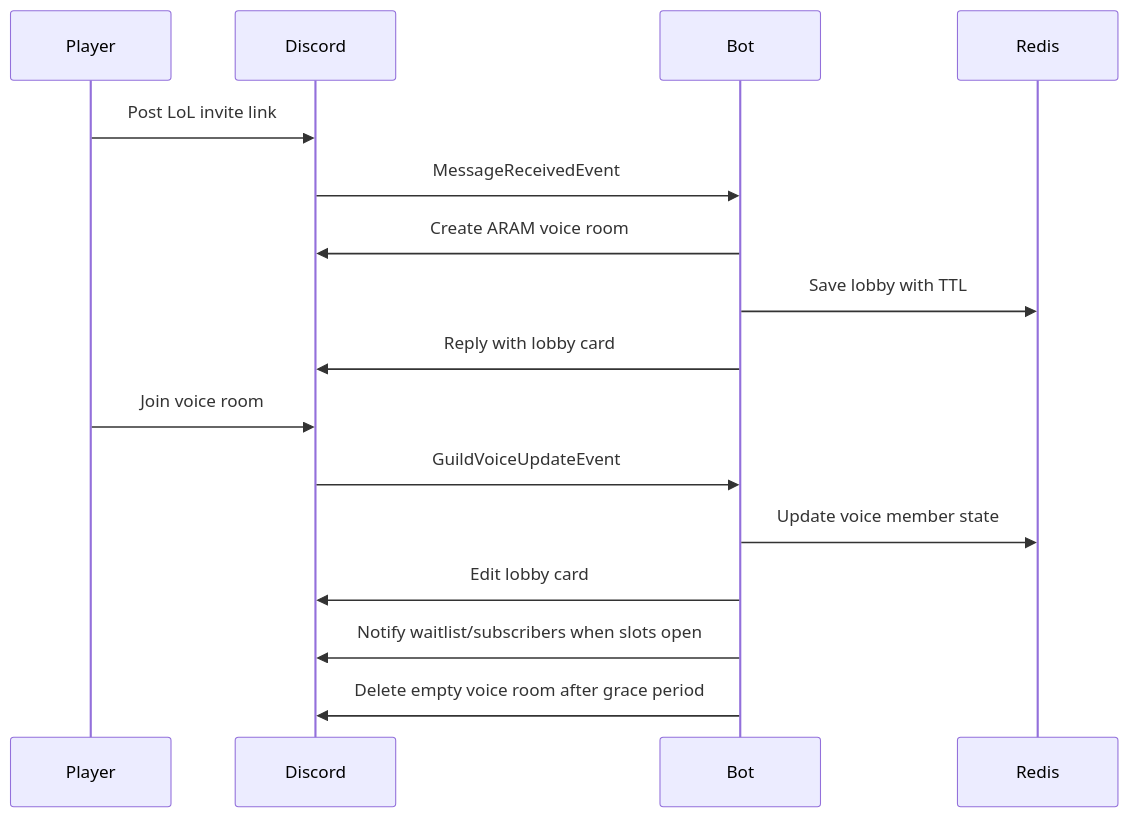
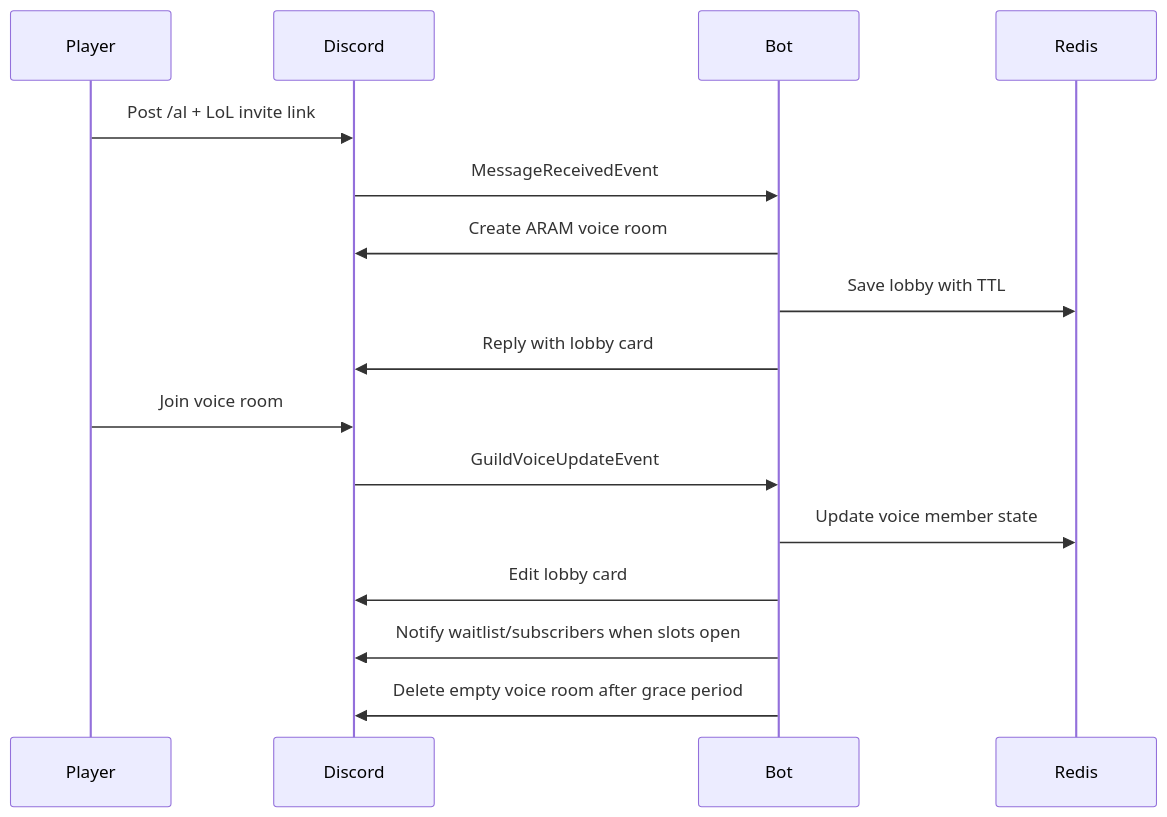
The diagram in README.md (Eddie425/aram-lobby-bot), drawn with Mermaid before and after one commit. The commit also changed other lines of this file and 11 other files, not shown here.

````diff
--- a/README.md
+++ b/README.md
@@ -61,19 +61,19 @@
 ```mermaid
 sequenceDiagram
     participant Player
     participant Discord
     participant Bot
     participant Redis
 
-    Player->>Discord: Post LoL invite link
+    Player->>Discord: Post /al + LoL invite link
     Discord->>Bot: MessageReceivedEvent
     Bot->>Discord: Create ARAM voice room
     Bot->>Redis: Save lobby with TTL
     Bot->>Discord: Reply with lobby card
     Player->>Discord: Join voice room
     Discord->>Bot: GuildVoiceUpdateEvent
     Bot->>Redis: Update voice member state
     Bot->>Discord: Edit lobby card
     Bot->>Discord: Notify waitlist/subscribers when slots open
     Bot->>Discord: Delete empty voice room after grace period
 ```
````
